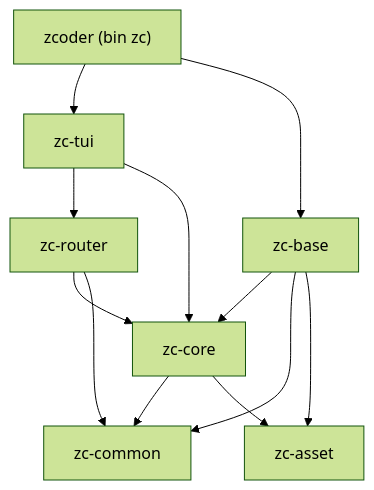
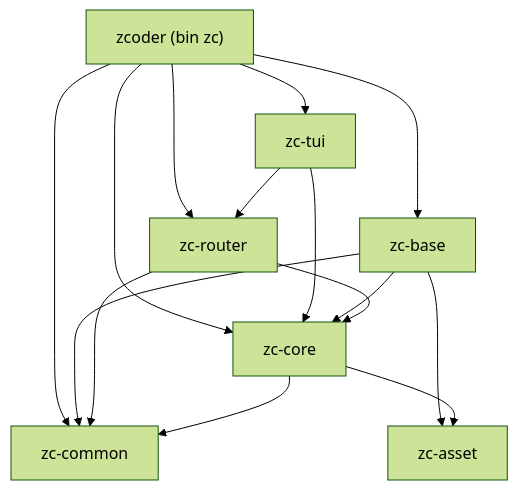
Before and after one commit to zcoder-run/zcoder: the diagram in dev/specs/spec-overview.md, drawn with Mermaid (forest theme). The commit also changed other lines of this file and 52 other files, not shown here.

````diff
--- a/dev/specs/spec-overview.md
+++ b/dev/specs/spec-overview.md
@@ -26,27 +26,30 @@
 ```mermaid
 flowchart TD
     Z["zcoder (bin zc)"]
 
     T["zc-tui"]
     B["zc-base"]
     R["zc-router"]
     C["zc-core"]
     M["zc-common"]
     A["zc-asset"]
 
     Z --> T
     Z --> B
+    Z --> R
+    Z --> C
+    Z --> M
 
     T --> R
     T --> C
 
     B --> C
     B --> M
     B --> A
 
     R --> C
     R --> M
 
     C --> M
     C --> A
 ```
````
